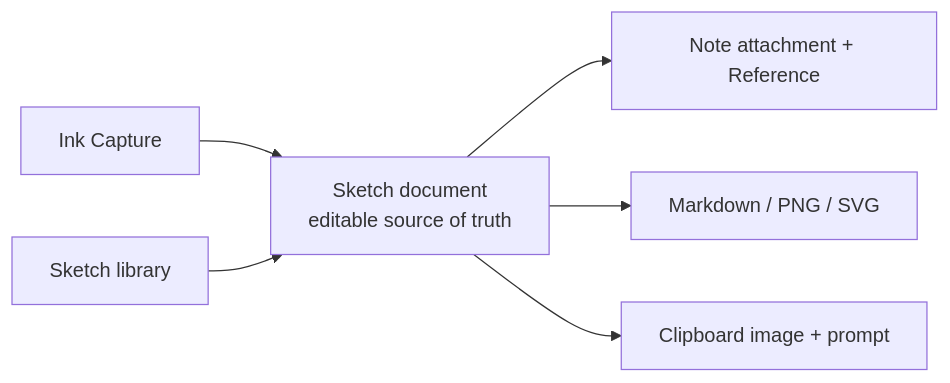
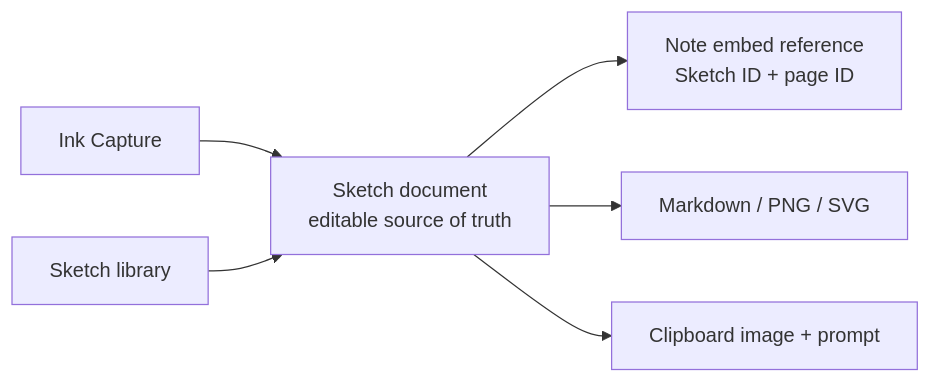
The diagram in docs/sketch-workspace.md (mryk814/tasuken), drawn with Mermaid before and after one commit. The commit also changed other lines of this file and 7 other files, not shown here.

Commit message:
feat(notes): embed canonical sketches by reference

````diff
--- a/docs/sketch-workspace.md
+++ b/docs/sketch-workspace.md
@@ -19,8 +20,8 @@
 ```mermaid
 flowchart LR
   Capture["Ink Capture"] --> Sketch["Sketch document<br/>editable source of truth"]
   Library["Sketch library"] --> Sketch
-  Sketch --> Note["Note attachment + Reference"]
+  Sketch --> Note["Note embed reference<br/>Sketch ID + page ID"]
   Sketch --> Export["Markdown / PNG / SVG"]
   Sketch --> AI["Clipboard image + prompt"]
 ```
````
